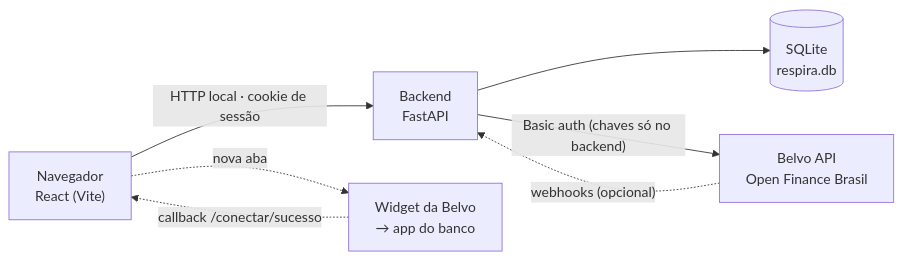
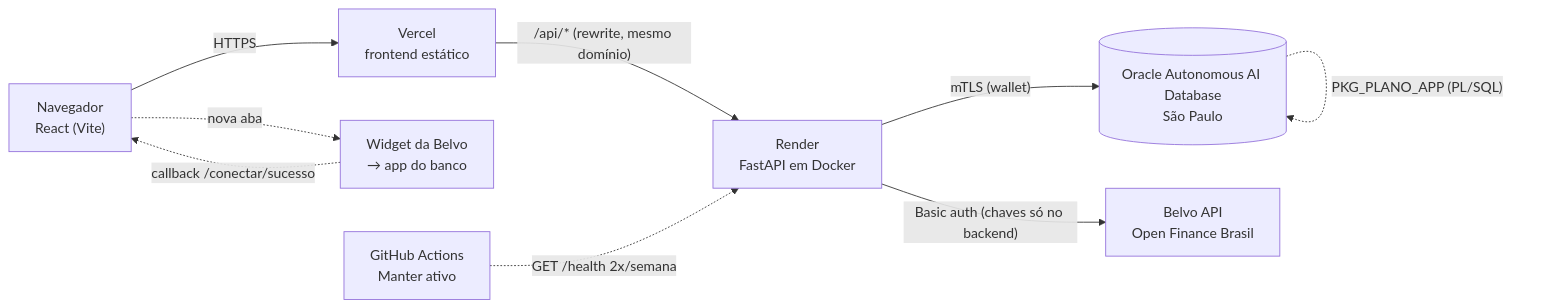
The diagram in README.md (andrelambert/app-respira-startupone), drawn with Mermaid before and after one commit. The commit also changed other lines of this file and 1 other file, not shown here.

````diff
--- a/README.md
+++ b/README.md
@@ -231,9 +261,11 @@
 ```mermaid
 flowchart LR
-    U["Navegador<br/>React (Vite)"] -- "HTTP local · cookie de sessão" --> API["Backend<br/>FastAPI"]
-    API --> DB[("SQLite<br/>respira.db")]
-    API -- "Basic auth (chaves só no backend)" --> B["Belvo API<br/>Open Finance Brasil"]
+    U["Navegador<br/>React (Vite)"] -- "HTTPS" --> V["Vercel<br/>frontend estático"]
+    V -- "/api/* (rewrite, mesmo domínio)" --> R["Render<br/>FastAPI em Docker"]
+    R -- "mTLS (wallet)" --> O[("Oracle Autonomous AI Database<br/>São Paulo")]
+    O -. "PKG_PLANO_APP (PL/SQL)" .-> O
+    R -- "Basic auth (chaves só no backend)" --> B["Belvo API<br/>Open Finance Brasil"]
     U -. "nova aba" .-> W["Widget da Belvo<br/>→ app do banco"]
     W -. "callback /conectar/sucesso" .-> U
-    B -. "webhooks (opcional)" .-> API
+    G["GitHub Actions<br/>Manter ativo"] -. "GET /health 2x/semana" .-> R
 ```
````
